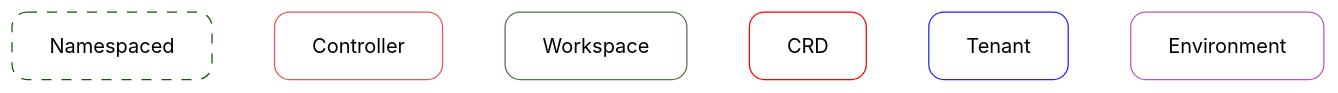
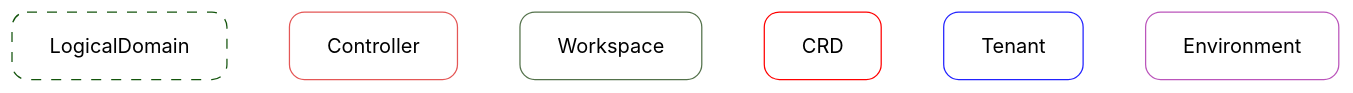
One commit to netgroup-polito/CrownLabs changed the first of 5 diagrams in BIGPICTURE.md. Above: the diagram before and after it, drawn with Mermaid (forest theme). The commit also changed other lines of this file, not shown here.

````diff
--- a/BIGPICTURE.md
+++ b/BIGPICTURE.md
@@ -3,27 +3,27 @@
 ```mermaid
 %% ==== OVERVIEW GRAPH ====
 flowchart TB
 
-Namespaced
+LogicalDomain
 Controller
 Workspace
 CRD
 Tenant
 Environment
 
 %% General Class Definitions - Border Styles (BS)
 classDef GenericDashedBS fill:none,rx:12,ry:12,stroke-dasharray:8
 classDef ControllerBS stroke:#E45756,rx:12,ry:12,fill:none
 classDef WorkspaceBS stroke:#54724B,rx:12,ry:12,fill:none
 classDef CustomResourceBS stroke:#FF0000,rx:12,ry:12,fill:none
 classDef TenantBS stroke:#2222FF,rx:12,ry:12,fill:none
 classDef EnvironmentBS stroke:#BB55BB,rx:12,ry:12,fill:none
 
 %% Class Applications
-class Namespaced GenericDashedBS
+class LogicalDomain GenericDashedBS
 class Controller ControllerBS
 class Workspace WorkspaceBS
 class CRD CustomResourceBS
 class Tenant TenantBS
 class Environment EnvironmentBS
 ```
````
